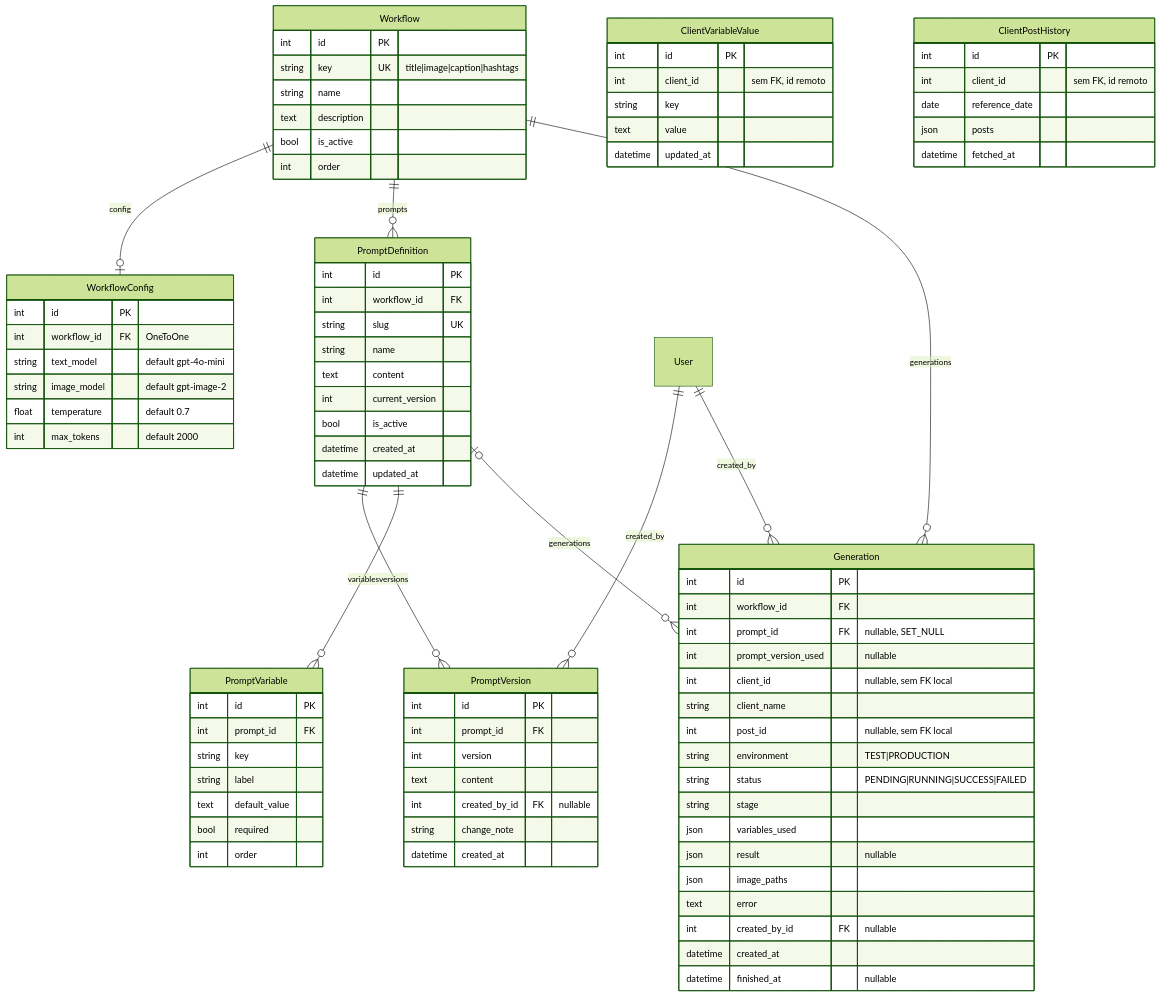
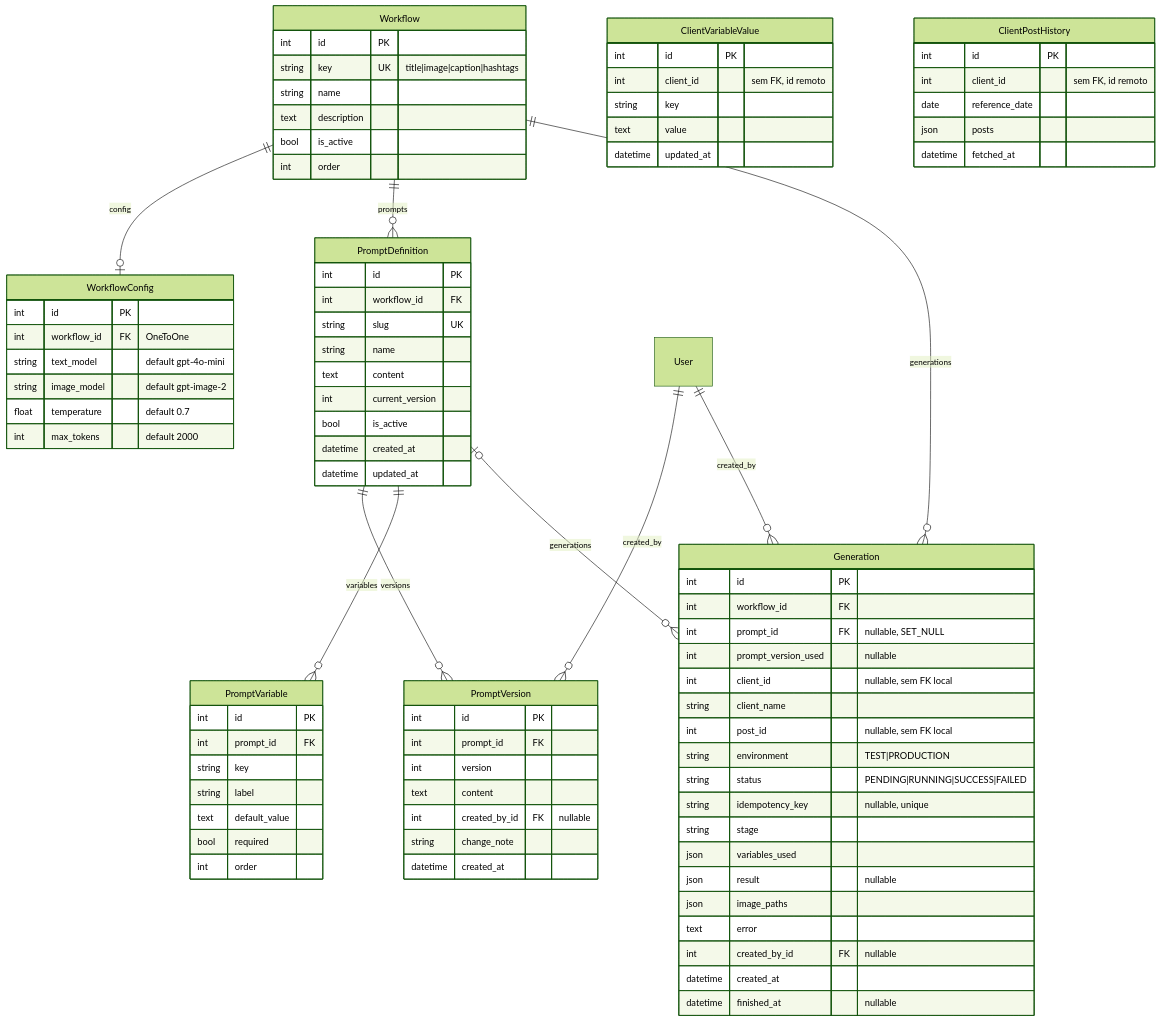
Before and after one commit to aliverso01/mintlify-docs: the diagram in miggoai/modelo-de-dados.mdx, drawn with Mermaid (forest theme). The commit also changed other lines of this file and 2 other files, not shown here.

Commit message:
MIG-427: idempotencia da geracao do grid (idempotency_key, by-key, generation_key)

```diff
--- a/miggoai/modelo-de-dados.mdx
+++ b/miggoai/modelo-de-dados.mdx
@@ -78,6 +78,7 @@
         int post_id "nullable, sem FK local"
         string environment "TEST|PRODUCTION"
         string status "PENDING|RUNNING|SUCCESS|FAILED"
+        string idempotency_key "nullable, unique"
         string stage
         json variables_used
         json result "nullable"
```
